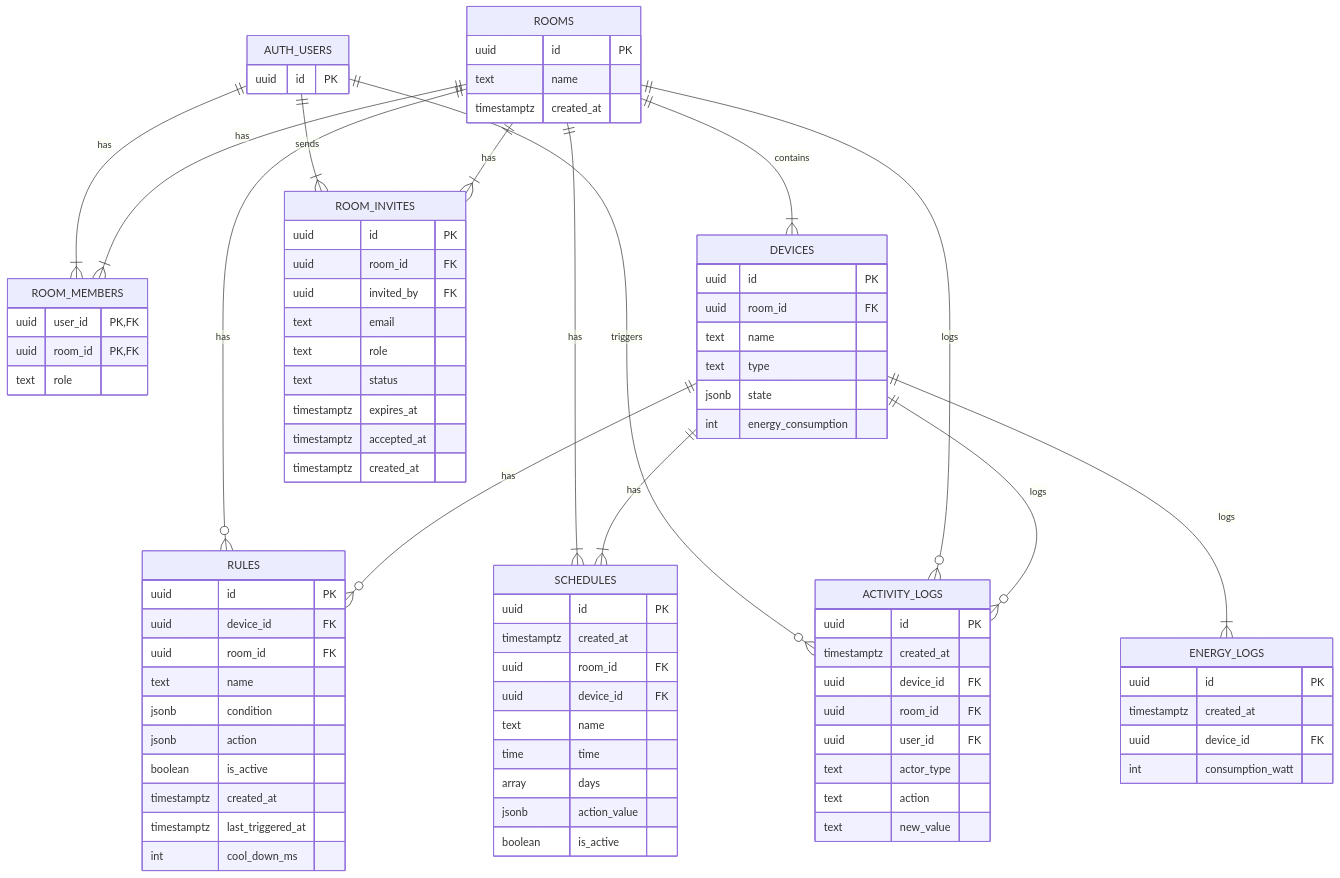
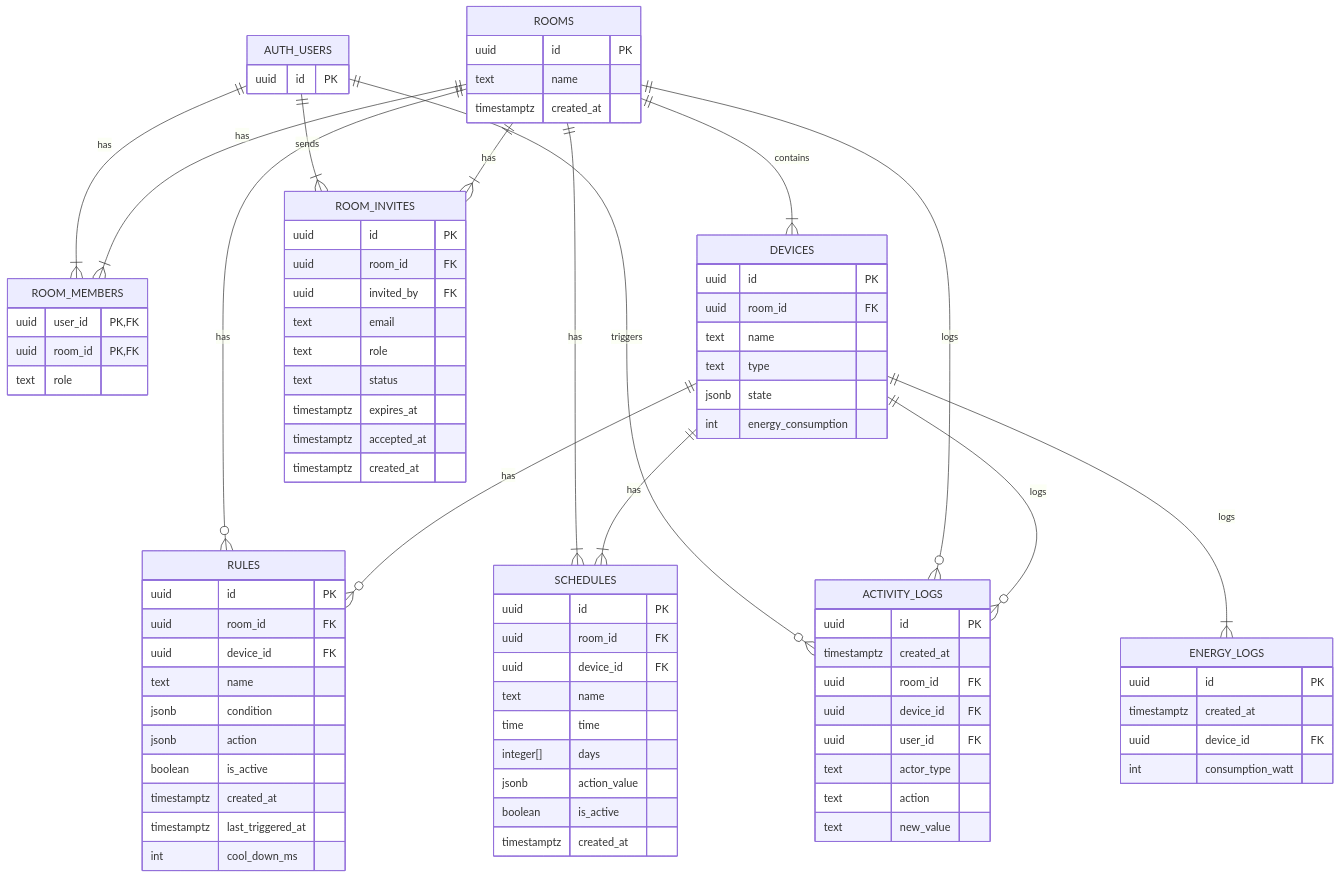
Before and after one commit to jku-win-se/teaching-2026.ss.prse.braeuer.team5: the third of 4 diagrams in docs/uml-diagram.md, drawn with Mermaid. The commit also changed other lines of this file and 37 other files, not shown here.

```diff
--- a/docs/uml-diagram.md
+++ b/docs/uml-diagram.md
@@ -128,8 +126,8 @@
 
     RULES {
         uuid id PK
+        uuid room_id FK
         uuid device_id FK
-        uuid room_id FK
         text name
         jsonb condition
         jsonb action
@@ -141,14 +139,14 @@
 
     SCHEDULES {
         uuid id PK
-        timestamptz created_at
         uuid room_id FK
         uuid device_id FK
         text name
         time time
-        array days
+        integer[] days
         jsonb action_value
         boolean is_active
+        timestamptz created_at
     }
 
     ROOM_INVITES {
@@ -166,8 +164,8 @@
     ACTIVITY_LOGS {
         uuid id PK
         timestamptz created_at
+        uuid room_id FK
         uuid device_id FK
-        uuid room_id FK
         uuid user_id FK
         text actor_type
         text action
```
